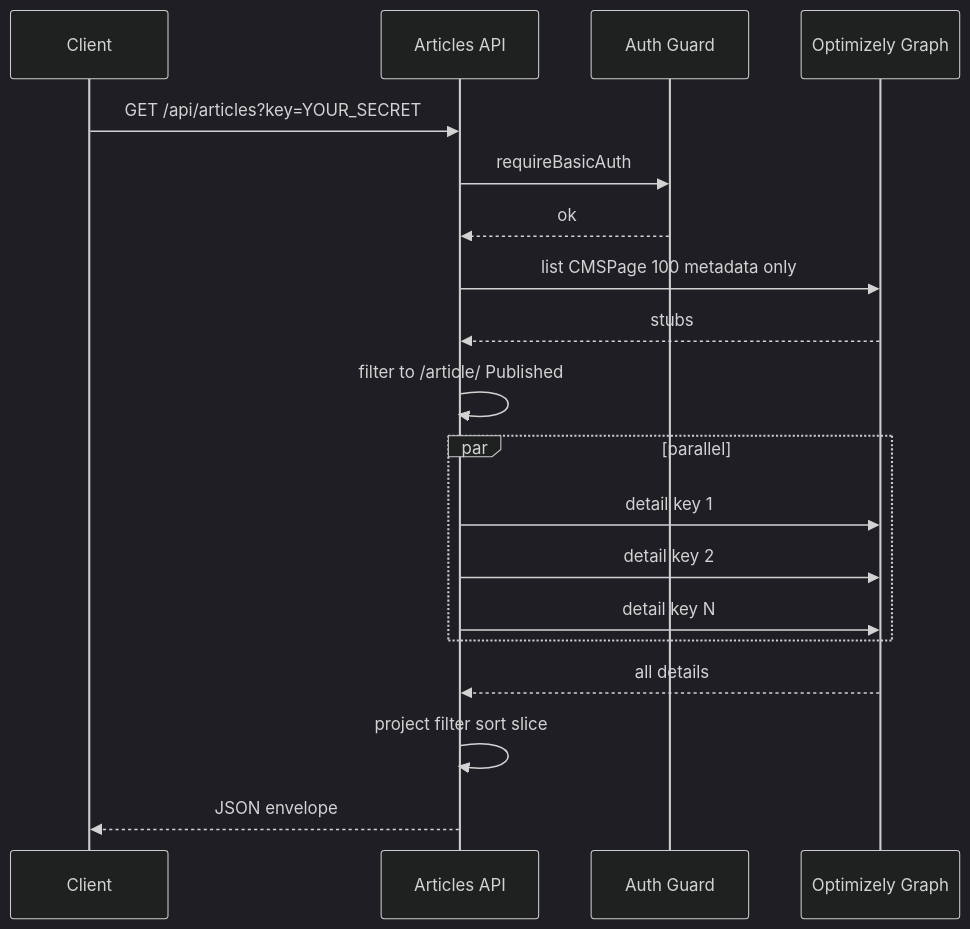
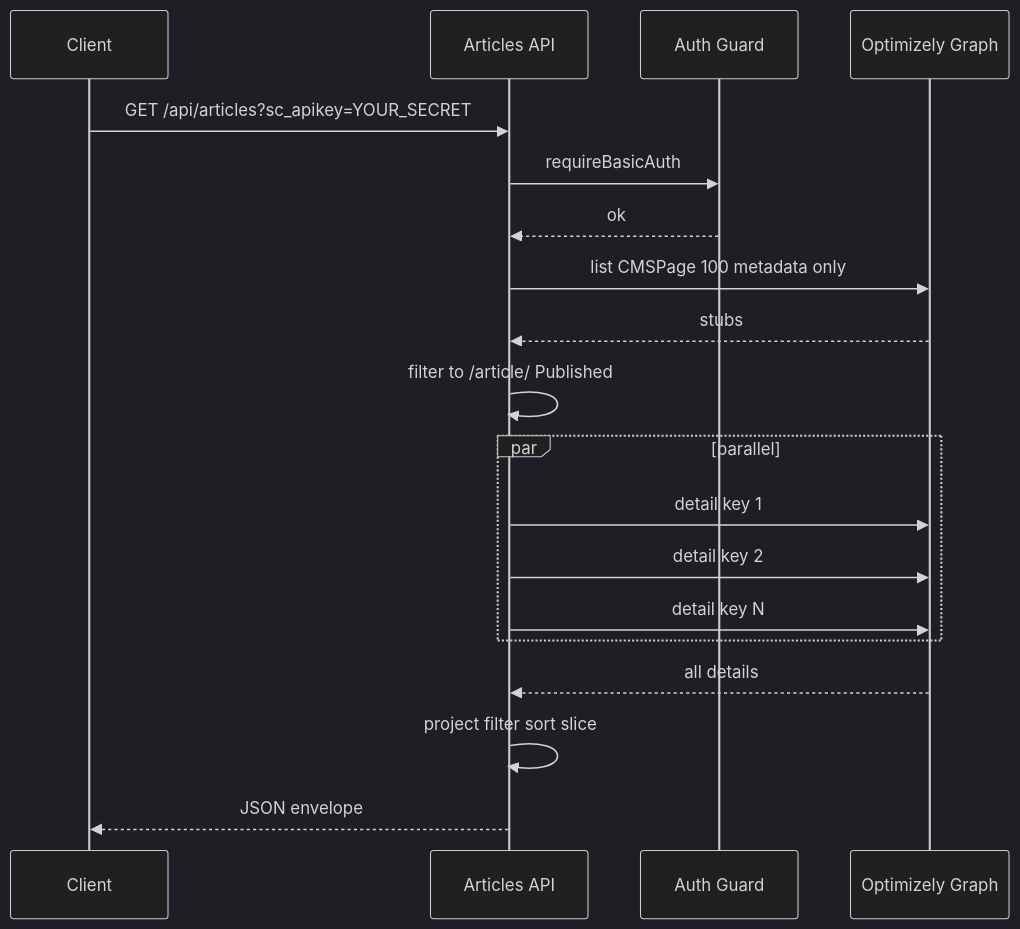
The third of 4 diagrams in docs/ARTICLES_API.md (SHARATHKM2004/new--repo), drawn with Mermaid (dark theme) before and after one commit. The commit also changed other lines of this file and 3 other files, not shown here.

````diff
--- a/docs/ARTICLES_API.md
+++ b/docs/ARTICLES_API.md
@@ -304,22 +304,22 @@
 ```mermaid
 sequenceDiagram
     participant U as Client
     participant API as Articles API
     participant Auth as Auth Guard
     participant G as Optimizely Graph
 
-    U->>API: GET /api/articles?key=YOUR_SECRET
+    U->>API: GET /api/articles?sc_apikey=YOUR_SECRET
     API->>Auth: requireBasicAuth
     Auth-->>API: ok
     API->>G: list CMSPage 100 metadata only
     G-->>API: stubs
     API->>API: filter to /article/ Published
     par parallel
         API->>G: detail key 1
         API->>G: detail key 2
         API->>G: detail key N
     end
     G-->>API: all details
     API->>API: project filter sort slice
     API-->>U: JSON envelope
 ```
````
